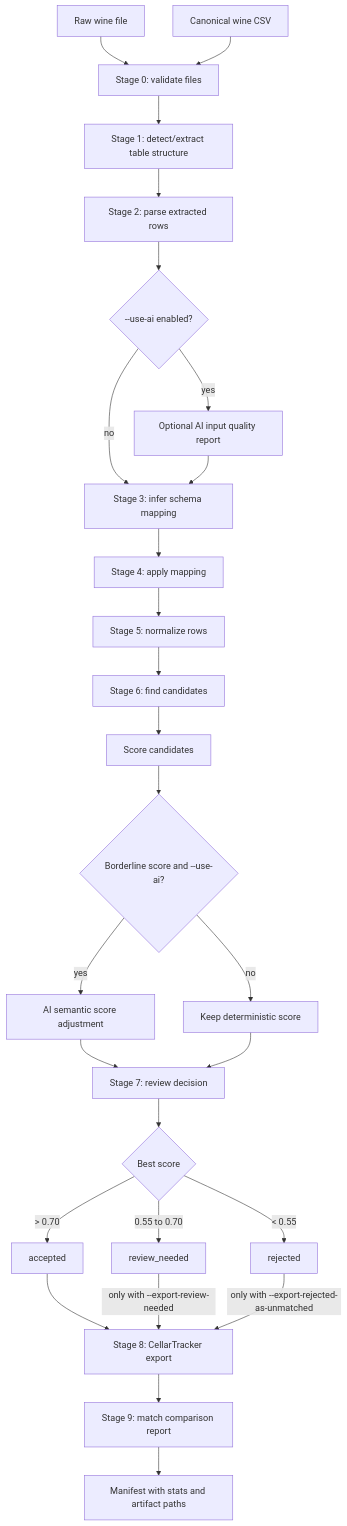
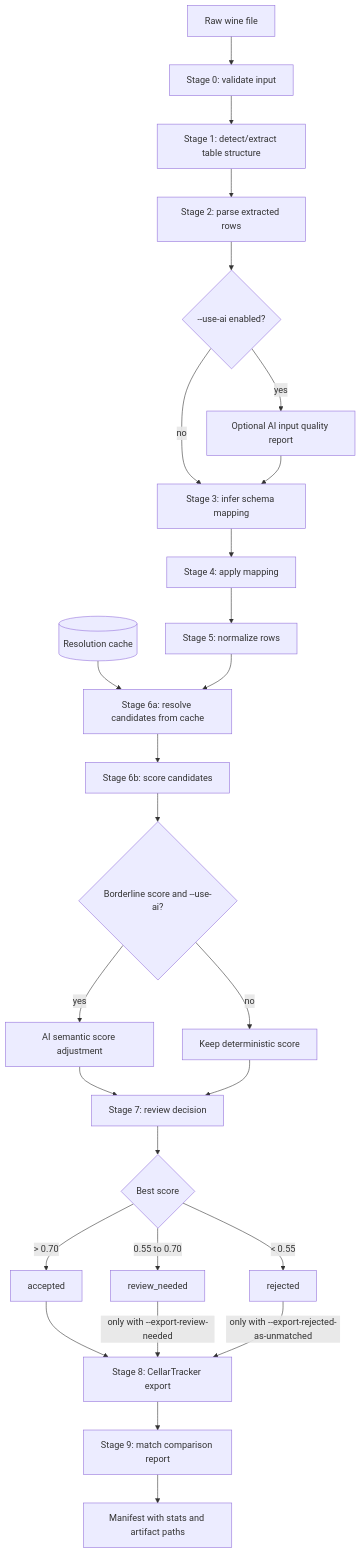
One commit to lindhs/wine-importer changed the diagram in WORKFLOW.md. Above: the diagram before and after it, drawn with Mermaid. The commit also changed other lines of this file and 9 other files, not shown here.

First line of the commit message:
Phase 6: cache-backed resolution stage; remove --canonical

````diff
--- a/WORKFLOW.md
+++ b/WORKFLOW.md
@@ -50,36 +56,36 @@
 ```mermaid
 flowchart TD
-    A[Raw wine file] --> B[Stage 0: validate files]
-    C[Canonical wine CSV] --> B
+    A[Raw wine file] --> B[Stage 0: validate input]
 
     B --> D[Stage 1: detect/extract table structure]
     D --> E[Stage 2: parse extracted rows]
 
     E --> F{--use-ai enabled?}
     F -->|yes| G[Optional AI input quality report]
     F -->|no| H[Stage 3: infer schema mapping]
     G --> H
 
     H --> I[Stage 4: apply mapping]
     I --> J[Stage 5: normalize rows]
-    J --> K[Stage 6: find candidates]
-    K --> L[Score candidates]
+    C[(Resolution cache)] --> K
+    J --> K[Stage 6a: resolve candidates from cache]
+    K --> L[Stage 6b: score candidates]
 
     L --> M{Borderline score and --use-ai?}
     M -->|yes| N[AI semantic score adjustment]
     M -->|no| O[Keep deterministic score]
     N --> P[Stage 7: review decision]
     O --> P
 
     P --> Q{Best score}
     Q -->|> 0.70| R[accepted]
     Q -->|0.55 to 0.70| S[review_needed]
     Q -->|< 0.55| T[rejected]
 
     R --> U[Stage 8: CellarTracker export]
     S -->|only with --export-review-needed| U
     T -->|only with --export-rejected-as-unmatched| U
 
     U --> V[Stage 9: match comparison report]
     V --> W[Manifest with stats and artifact paths]
 ```
````
